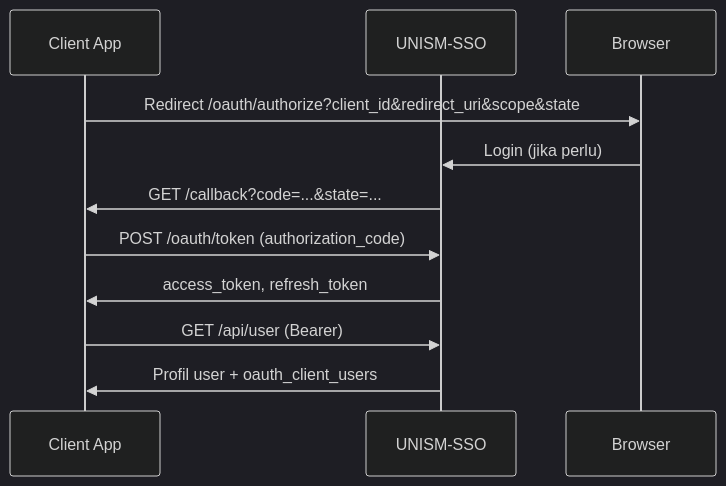
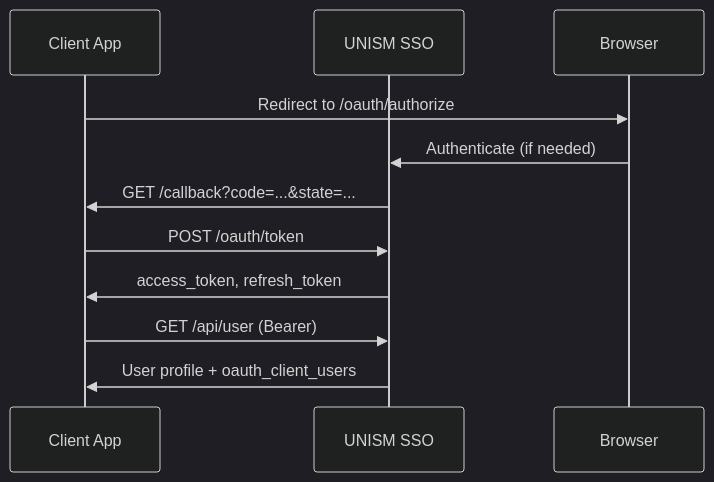
Before and after one commit to rizalrepo/sso-client-lib: the diagram in docs/INTEGRATION.md, drawn with Mermaid (dark theme). The commit also changed other lines of this file and 9 other files, not shown here.

````diff
--- a/docs/INTEGRATION.md
+++ b/docs/INTEGRATION.md
@@ -22,14 +32,14 @@
 ```mermaid
 sequenceDiagram
     participant App as Client App
-    participant SSO as UNISM-SSO
+    participant SSO as UNISM SSO
     participant User as Browser
 
-    App->>User: Redirect /oauth/authorize?client_id&redirect_uri&scope&state
-    User->>SSO: Login (jika perlu)
+    App->>User: Redirect to /oauth/authorize
+    User->>SSO: Authenticate (if needed)
     SSO->>App: GET /callback?code=...&state=...
-    App->>SSO: POST /oauth/token (authorization_code)
+    App->>SSO: POST /oauth/token
     SSO->>App: access_token, refresh_token
     App->>SSO: GET /api/user (Bearer)
-    SSO->>App: Profil user + oauth_client_users
+    SSO->>App: User profile + oauth_client_users
 ```
````
